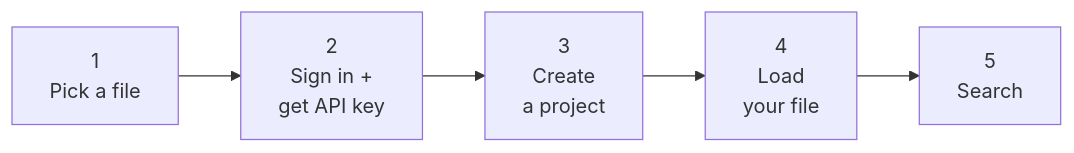
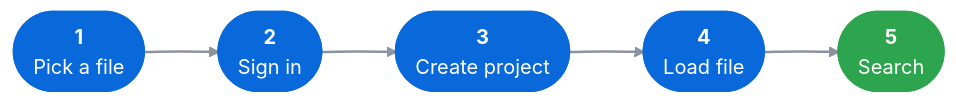
The first of 2 diagrams in README.md (Kurious-AI/getting-started), drawn with Mermaid before and after one commit. The commit also changed other lines of this file, not shown here.

Commit message:
Restyle Mermaid flowcharts with rounded nodes + color, simplify collapse summaries

````diff
--- a/README.md
+++ b/README.md
@@ -110,4 +110,17 @@
 ```mermaid
+%%{init: {'flowchart': {'curve': 'basis', 'nodeSpacing': 40, 'rankSpacing': 60}}}%%
 flowchart LR
-    A[1<br/>Pick a file] --> B[2<br/>Sign in +<br/>get API key] --> C[3<br/>Create<br/>a project] --> D[4<br/>Load<br/>your file] --> E[5<br/>Search]
+    A(["<b>1</b><br/>Pick a file"])
+    B(["<b>2</b><br/>Sign in"])
+    C(["<b>3</b><br/>Create project"])
+    D(["<b>4</b><br/>Load file"])
+    E(["<b>5</b><br/>Search"])
+
+    A --> B --> C --> D --> E
+
+    classDef step fill:#0969da,stroke:#0969da,color:#ffffff,stroke-width:2px
+    classDef finish fill:#2da44e,stroke:#2da44e,color:#ffffff,stroke-width:2px
+    class A,B,C,D step
+    class E finish
+    linkStyle default stroke:#8b949e,stroke-width:2px
 ```
````
